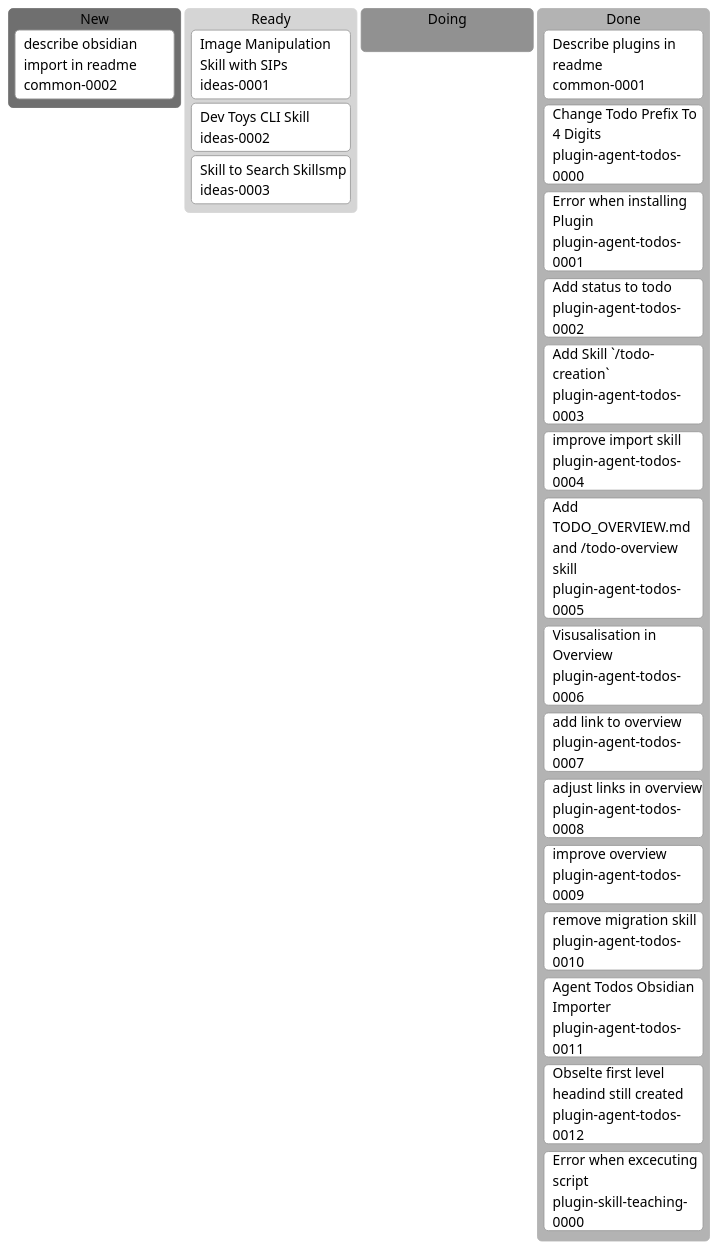
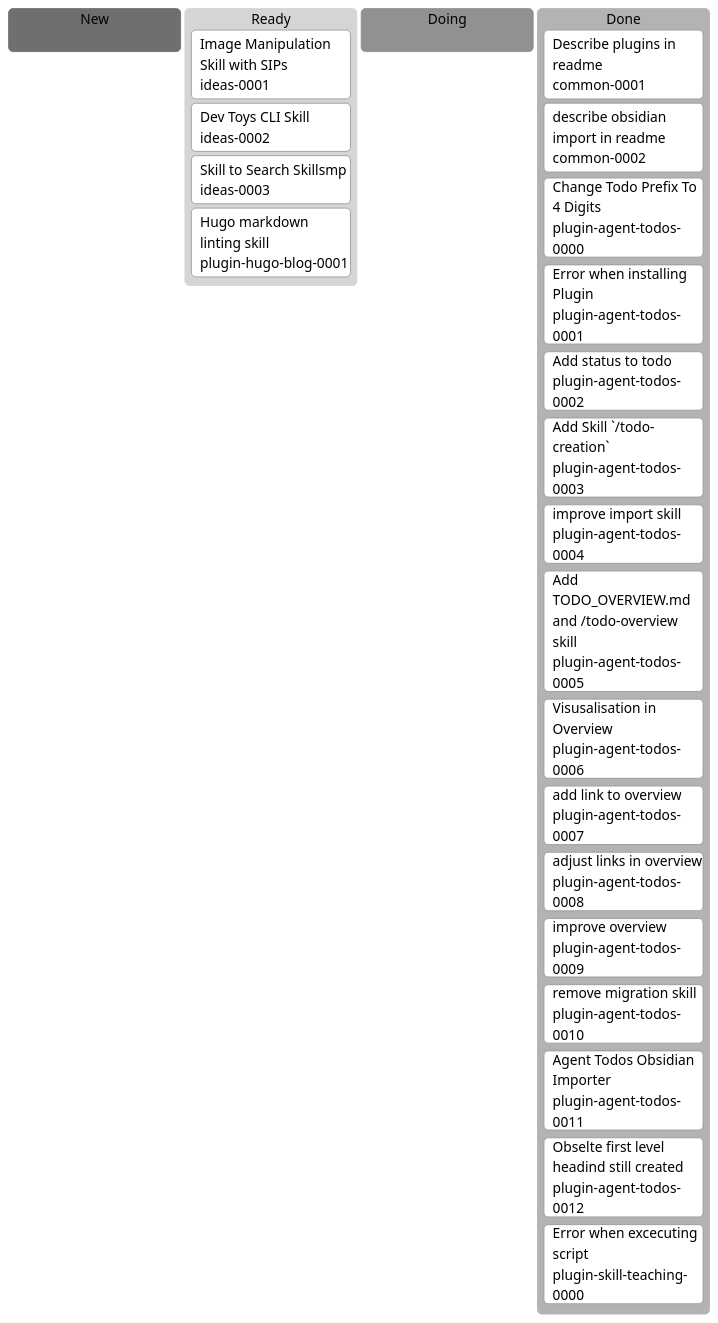
One commit to erich3000/ji-agent-skills changed the diagram in docs/agent-todos/TODO_OVERVIEW.md. Above: the diagram before and after it, drawn with Mermaid. The commit also changed other lines of this file and 5 other files, not shown here.

````diff
--- a/docs/agent-todos/TODO_OVERVIEW.md
+++ b/docs/agent-todos/TODO_OVERVIEW.md
@@ -7,28 +7,30 @@
 ```mermaid
 %%{init: {"theme":"neutral"}}%%
 kanban
   new[New]
-    common-0002[describe obsidian import in readme]@{ ticket: common-0002 }
+
   ready[Ready]
     ideas-0001[Image Manipulation Skill with SIPs]@{ ticket: ideas-0001 }
     ideas-0002[Dev Toys CLI Skill]@{ ticket: ideas-0002 }
     ideas-0003[Skill to Search Skillsmp]@{ ticket: ideas-0003 }
+    plugin-hugo-blog-0001[Hugo markdown linting skill]@{ ticket: plugin-hugo-blog-0001 }
   doing[Doing]
 
   done[Done]
     common-0001[Describe plugins in readme]@{ ticket: common-0001 }
+    common-0002[describe obsidian import in readme]@{ ticket: common-0002 }
     plugin-agent-todos-0000[Change Todo Prefix To 4 Digits]@{ ticket: plugin-agent-todos-0000 }
     plugin-agent-todos-0001[Error when installing Plugin]@{ ticket: plugin-agent-todos-0001 }
     plugin-agent-todos-0002[Add status to todo]@{ ticket: plugin-agent-todos-0002 }
     plugin-agent-todos-0003[Add Skill `/todo-creation`]@{ ticket: plugin-agent-todos-0003 }
     plugin-agent-todos-0004[improve import skill]@{ ticket: plugin-agent-todos-0004 }
     plugin-agent-todos-0005[Add TODO_OVERVIEW.md and /todo-overview skill]@{ ticket: plugin-agent-todos-0005 }
     plugin-agent-todos-0006[Visusalisation in Overview]@{ ticket: plugin-agent-todos-0006 }
     plugin-agent-todos-0007[add link to overview]@{ ticket: plugin-agent-todos-0007 }
     plugin-agent-todos-0008[adjust links in overview]@{ ticket: plugin-agent-todos-0008 }
     plugin-agent-todos-0009[improve overview]@{ ticket: plugin-agent-todos-0009 }
     plugin-agent-todos-0010[remove migration skill]@{ ticket: plugin-agent-todos-0010 }
     plugin-agent-todos-0011[Agent Todos Obsidian Importer]@{ ticket: plugin-agent-todos-0011 }
     plugin-agent-todos-0012[Obselte first level headind still created]@{ ticket: plugin-agent-todos-0012 }
     plugin-skill-teaching-0000[Error when excecuting script]@{ ticket: plugin-skill-teaching-0000 }
 ```
````
